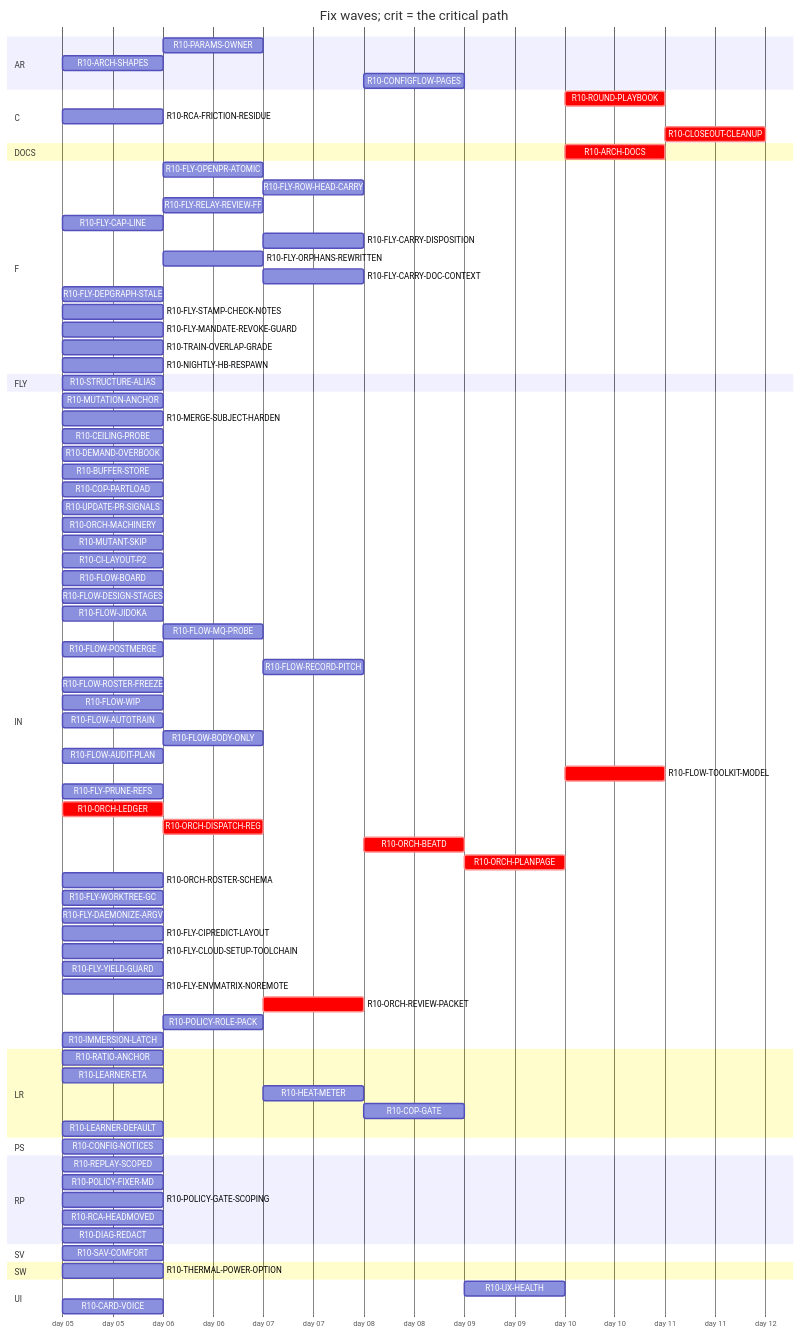
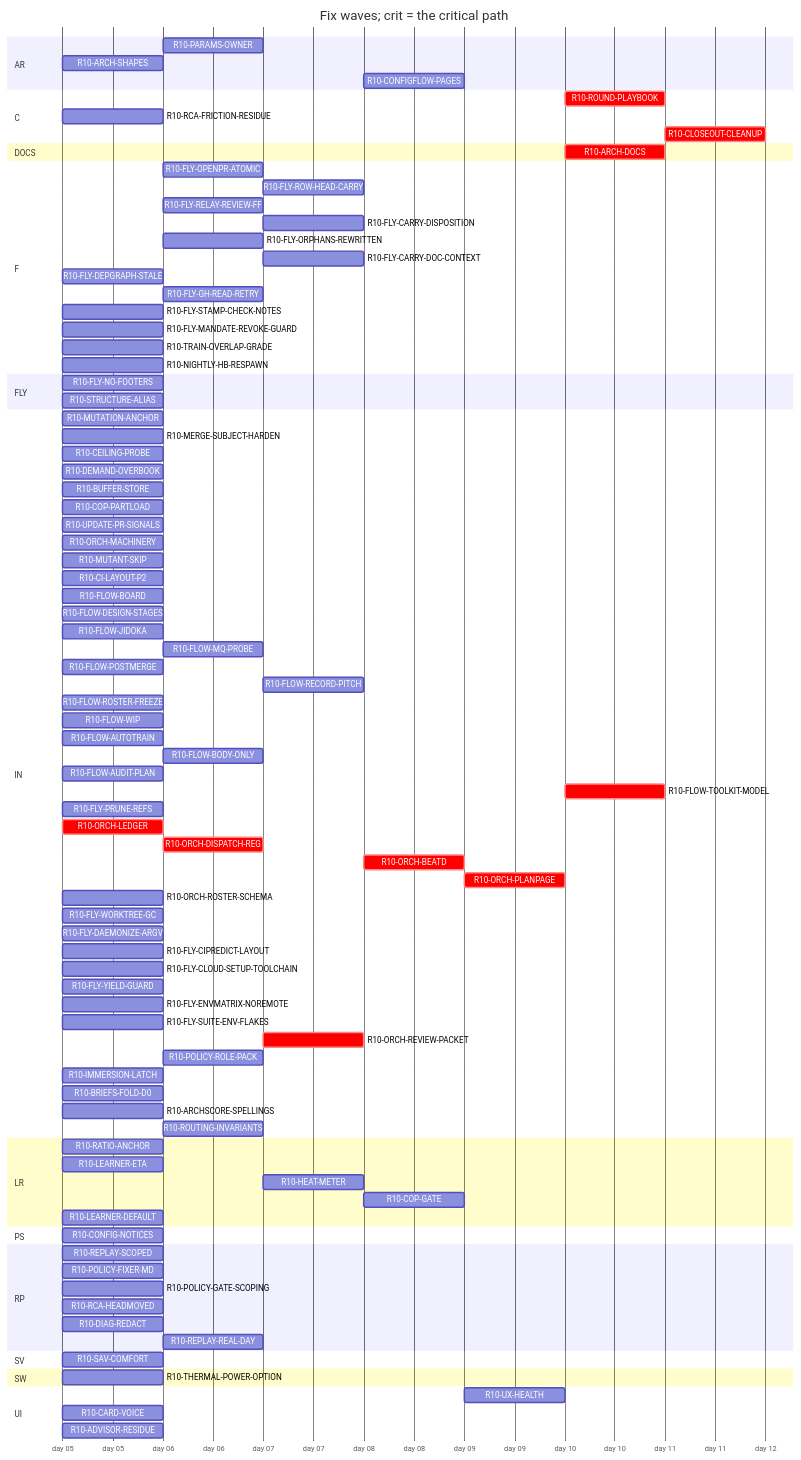
One commit to tvofi/heatpump_optimizer changed the diagram in handoff/round10/state/PLAN-TABLE.md. Above: the diagram before and after it, drawn with Mermaid. The commit also changed other lines of this file and 2 other files, not shown here.

````diff
--- a/handoff/round10/state/PLAN-TABLE.md
+++ b/handoff/round10/state/PLAN-TABLE.md
@@ -36,21 +36,22 @@
     R10-RCA-FRICTION-RESIDUE :r10RCAFRICTIONRESIDUE, 2026-01-05, 1d
     R10-CLOSEOUT-CLEANUP :crit, r10CLOSEOUTCLEANUP, after r10FLYPRUNEREFS r10FLYWORKTREEGC r10ARCHDOCS r10ROUNDPLAYBOOK, 1d
   section DOCS
-    R10-ARCH-DOCS :crit, r10ARCHDOCS, after r10RATIOANCHOR r10CONFIGNOTICES r10PARAMSOWNER r10ARCHSHAPES r10LEARNERETA r10HEATMETER r10COPGATE r10UXHEALTH r10CONFIGFLOWPAGES r10REPLAYSCOPED r10POLICYFIXERMD r10POLICYGATESCOPING r10RCAHEADMOVED r10SAVCOMFORT r10MUTATIONANCHOR r10MERGESUBJECTHARDEN r10CEILINGPROBE r10DEMANDOVERBOOK r10BUFFERSTORE r10COPPARTLOAD r10UPDATEPRSIGNALS r10CARDVOICE r10THERMALPOWEROPTION r10LEARNERDEFAULT r10MUTANTSKIP r10CILAYOUTP2 r10FLOWBOARD r10FLOWDESIGNSTAGES r10FLOWJIDOKA r10FLOWMQPROBE r10FLOWPOSTMERGE r10FLOWRECORDPITCH r10FLOWROSTERFREEZE r10FLOWWIP r10FLOWAUTOTRAIN r10FLOWBODYONLY r10FLYOPENPRATOMIC r10FLYROWHEADCARRY r10FLOWAUDITPLAN r10FLYRELAYREVIEWFF r10FLYCAPLINE r10FLYCARRYDISPOSITION r10FLYORPHANSREWRITTEN r10FLYCARRYDOCCONTEXT r10FLYDEPGRAPHSTALE r10FLOWTOOLKITMODEL r10FLYSTAMPCHECKNOTES r10FLYMANDATEREVOKEGUARD r10RCAFRICTIONRESIDUE r10TRAINOVERLAPGRADE r10NIGHTLYHBRESPAWN r10FLYPRUNEREFS r10ORCHLEDGER r10ORCHDISPATCHREG r10ORCHBEATD r10ORCHPLANPAGE r10ORCHROSTERSCHEMA r10FLYWORKTREEGC r10FLYDAEMONIZEARGV r10FLYCIPREDICTLAYOUT r10FLYCLOUDSETUPTOOLCHAIN r10FLYYIELDGUARD r10FLYENVMATRIXNOREMOTE r10STRUCTUREALIAS r10ORCHREVIEWPACKET r10POLICYROLEPACK r10IMMERSIONLATCH r10DIAGREDACT, 1d
+    R10-ARCH-DOCS :crit, r10ARCHDOCS, after r10RATIOANCHOR r10CONFIGNOTICES r10PARAMSOWNER r10ARCHSHAPES r10LEARNERETA r10HEATMETER r10COPGATE r10UXHEALTH r10CONFIGFLOWPAGES r10REPLAYSCOPED r10POLICYFIXERMD r10POLICYGATESCOPING r10RCAHEADMOVED r10SAVCOMFORT r10MUTATIONANCHOR r10MERGESUBJECTHARDEN r10CEILINGPROBE r10DEMANDOVERBOOK r10BUFFERSTORE r10COPPARTLOAD r10UPDATEPRSIGNALS r10CARDVOICE r10THERMALPOWEROPTION r10LEARNERDEFAULT r10MUTANTSKIP r10CILAYOUTP2 r10FLOWBOARD r10FLOWDESIGNSTAGES r10FLOWJIDOKA r10FLOWMQPROBE r10FLOWPOSTMERGE r10FLOWRECORDPITCH r10FLOWROSTERFREEZE r10FLOWWIP r10FLOWAUTOTRAIN r10FLOWBODYONLY r10FLYOPENPRATOMIC r10FLYROWHEADCARRY r10FLOWAUDITPLAN r10FLYRELAYREVIEWFF r10FLYCARRYDISPOSITION r10FLYORPHANSREWRITTEN r10FLYCARRYDOCCONTEXT r10FLYDEPGRAPHSTALE r10FLOWTOOLKITMODEL r10FLYSTAMPCHECKNOTES r10FLYMANDATEREVOKEGUARD r10RCAFRICTIONRESIDUE r10TRAINOVERLAPGRADE r10NIGHTLYHBRESPAWN r10FLYPRUNEREFS r10ORCHLEDGER r10ORCHDISPATCHREG r10ORCHBEATD r10ORCHPLANPAGE r10ORCHROSTERSCHEMA r10FLYWORKTREEGC r10FLYDAEMONIZEARGV r10FLYCIPREDICTLAYOUT r10FLYCLOUDSETUPTOOLCHAIN r10FLYYIELDGUARD r10FLYENVMATRIXNOREMOTE r10STRUCTUREALIAS r10ORCHREVIEWPACKET r10POLICYROLEPACK r10IMMERSIONLATCH r10DIAGREDACT r10ADVISORRESIDUE r10BRIEFSFOLDD0 r10REPLAYREALDAY r10ARCHSCORESPELLINGS r10ROUTINGINVARIANTS, 1d
   section F
     R10-FLY-OPENPR-ATOMIC :r10FLYOPENPRATOMIC, after r10UPDATEPRSIGNALS, 1d
     R10-FLY-ROW-HEAD-CARRY :r10FLYROWHEADCARRY, after r10CILAYOUTP2 r10FLYOPENPRATOMIC r10FLOWMQPROBE, 1d
     R10-FLY-RELAY-REVIEW-FF :r10FLYRELAYREVIEWFF, after r10UPDATEPRSIGNALS, 1d
-    R10-FLY-CAP-LINE :r10FLYCAPLINE, 2026-01-05, 1d
     R10-FLY-CARRY-DISPOSITION :r10FLYCARRYDISPOSITION, after r10FLYORPHANSREWRITTEN, 1d
     R10-FLY-ORPHANS-REWRITTEN :r10FLYORPHANSREWRITTEN, after r10UPDATEPRSIGNALS, 1d
-    R10-FLY-CARRY-DOC-CONTEXT :r10FLYCARRYDOCCONTEXT, after r10FLOWMQPROBE, 1d
+    R10-FLY-CARRY-DOC-CONTEXT :r10FLYCARRYDOCCONTEXT, after r10FLYGHREADRETRY r10FLOWMQPROBE, 1d
     R10-FLY-DEPGRAPH-STALE :r10FLYDEPGRAPHSTALE, 2026-01-05, 1d
+    R10-FLY-GH-READ-RETRY :r10FLYGHREADRETRY, after r10UPDATEPRSIGNALS, 1d
     R10-FLY-STAMP-CHECK-NOTES :r10FLYSTAMPCHECKNOTES, 2026-01-05, 1d
     R10-FLY-MANDATE-REVOKE-GUARD :r10FLYMANDATEREVOKEGUARD, 2026-01-05, 1d
     R10-TRAIN-OVERLAP-GRADE :r10TRAINOVERLAPGRADE, 2026-01-05, 1d
     R10-NIGHTLY-HB-RESPAWN :r10NIGHTLYHBRESPAWN, 2026-01-05, 1d
   section FLY
+    R10-FLY-NO-FOOTERS :r10FLYNOFOOTERS, 2026-01-05, 1d
     R10-STRUCTURE-ALIAS :r10STRUCTUREALIAS, 2026-01-05, 1d
   section IN
     R10-MUTATION-ANCHOR :r10MUTATIONANCHOR, 2026-01-05, 1d
@@ -87,9 +88,13 @@
     R10-FLY-CLOUD-SETUP-TOOLCHAIN :r10FLYCLOUDSETUPTOOLCHAIN, 2026-01-05, 1d
     R10-FLY-YIELD-GUARD :r10FLYYIELDGUARD, 2026-01-05, 1d
     R10-FLY-ENVMATRIX-NOREMOTE :r10FLYENVMATRIXNOREMOTE, 2026-01-05, 1d
+    R10-FLY-SUITE-ENV-FLAKES :r10FLYSUITEENVFLAKES, 2026-01-05, 1d
     R10-ORCH-REVIEW-PACKET :crit, r10ORCHREVIEWPACKET, after r10ORCHDISPATCHREG r10POLICYFIXERMD, 1d
     R10-POLICY-ROLE-PACK :r10POLICYROLEPACK, after r10POLICYFIXERMD r10FLOWDESIGNSTAGES, 1d
     R10-IMMERSION-LATCH :r10IMMERSIONLATCH, 2026-01-05, 1d
+    R10-BRIEFS-FOLD-D0 :r10BRIEFSFOLDD0, 2026-01-05, 1d
+    R10-ARCHSCORE-SPELLINGS :r10ARCHSCORESPELLINGS, 2026-01-05, 1d
+    R10-ROUTING-INVARIANTS :r10ROUTINGINVARIANTS, after r10ORCHROSTERSCHEMA, 1d
   section LR
     R10-RATIO-ANCHOR :r10RATIOANCHOR, 2026-01-05, 1d
     R10-LEARNER-ETA :r10LEARNERETA, 2026-01-05, 1d
@@ -104,6 +109,7 @@
     R10-POLICY-GATE-SCOPING :r10POLICYGATESCOPING, 2026-01-05, 1d
     R10-RCA-HEADMOVED :r10RCAHEADMOVED, 2026-01-05, 1d
     R10-DIAG-REDACT :r10DIAGREDACT, 2026-01-05, 1d
+    R10-REPLAY-REAL-DAY :r10REPLAYREALDAY, after r10REPLAYSCOPED r10DIAGREDACT, 1d
   section SV
     R10-SAV-COMFORT :r10SAVCOMFORT, 2026-01-05, 1d
   section SW
@@ -111,4 +117,5 @@
   section UI
     R10-UX-HEALTH :r10UXHEALTH, after r10COPGATE r10HEATMETER, 1d
     R10-CARD-VOICE :r10CARDVOICE, 2026-01-05, 1d
+    R10-ADVISOR-RESIDUE :r10ADVISORRESIDUE, 2026-01-05, 1d
 ```
````
